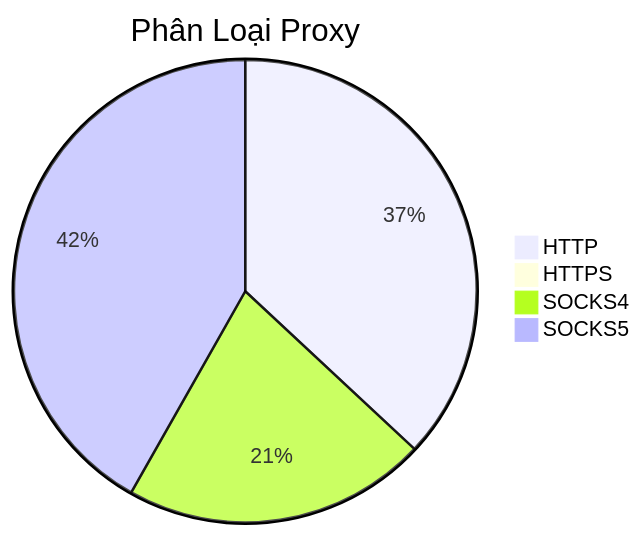
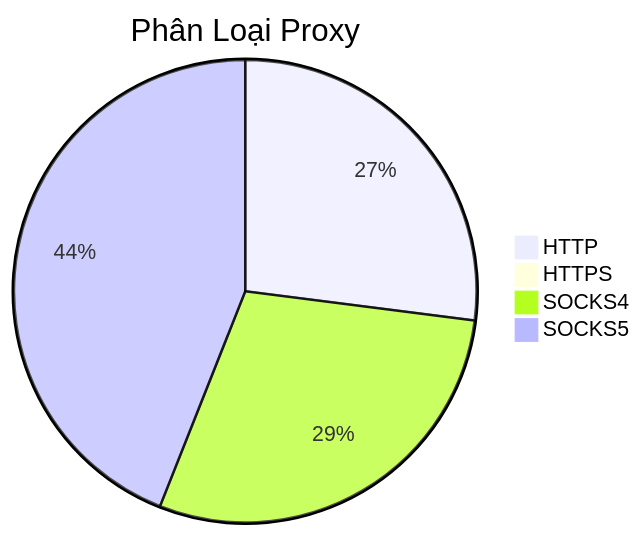
One commit to Ciara-12/PROXY-free changed the diagram in README.md. Above: the diagram before and after it, drawn with Mermaid. The commit also changed other lines of this file and 4 other files, not shown here.

````diff
--- a/README.md
+++ b/README.md
@@ -26,7 +26,7 @@
 ```mermaid
 pie title Phân Loại Proxy
-    "HTTP" : 655
-    "HTTPS" : 1
-    "SOCKS4" : 377
-    "SOCKS5" : 741
+    "HTTP" : 344
+    "HTTPS" : 0
+    "SOCKS4" : 369
+    "SOCKS5" : 560
 ```
````
